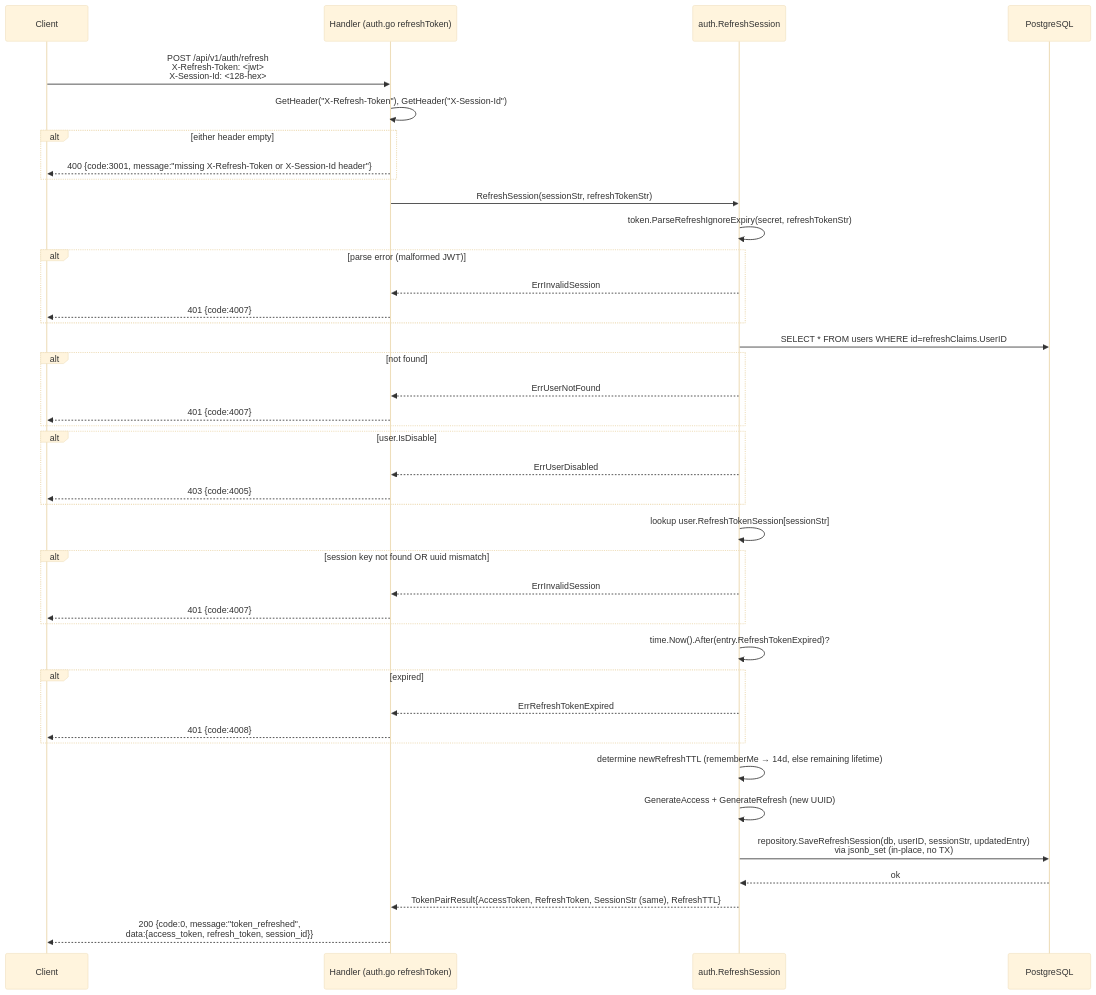
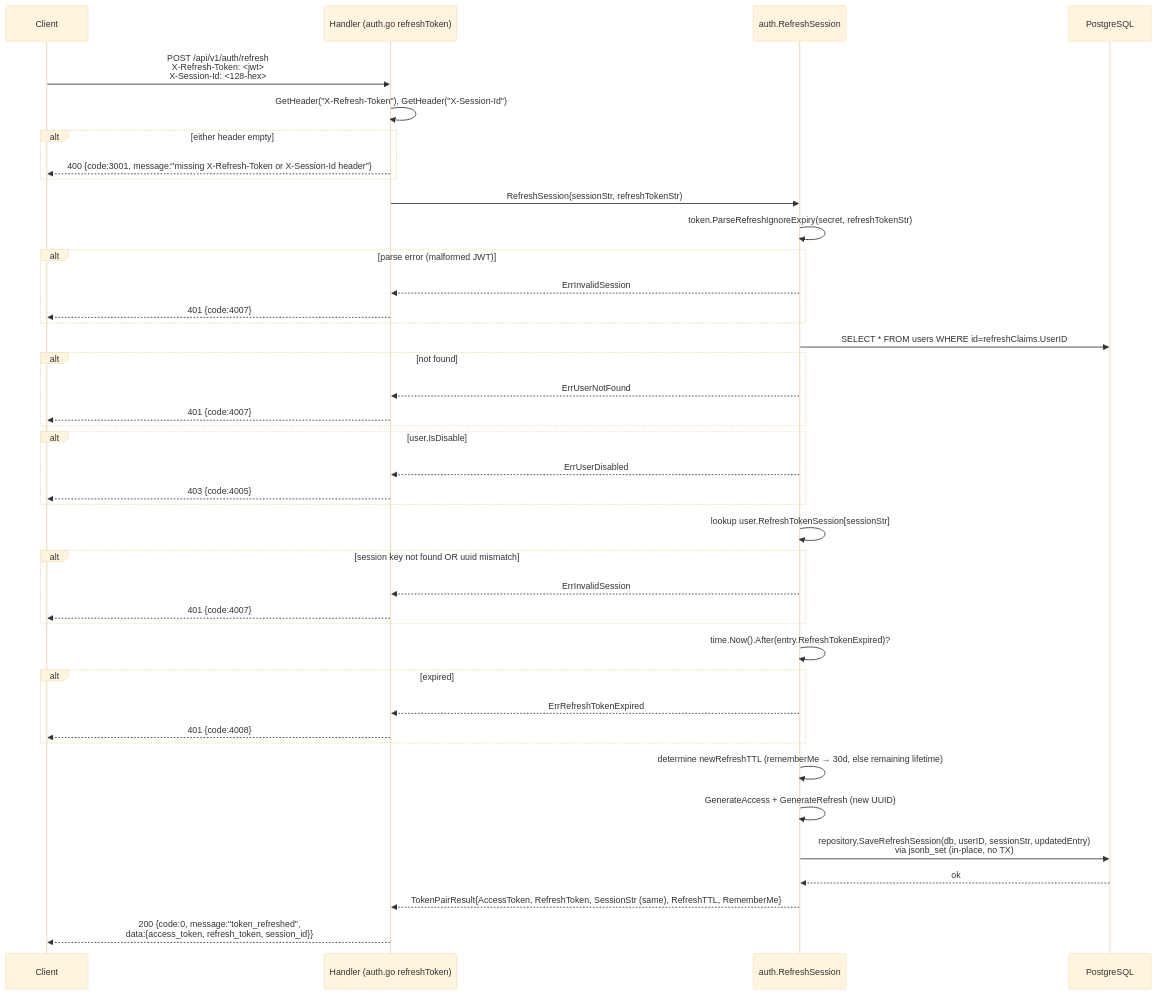
The seventh of 26 diagrams in docs/sequence_diagrams.md (lkienkle11/be-mycourse), drawn with Mermaid (base theme) before and after one commit. The commit also changed other lines of this file and 8 other files, not shown here.

Commit message:
docs: document remember me refresh token TTL policy

````diff
--- a/docs/sequence_diagrams.md
+++ b/docs/sequence_diagrams.md
@@ -360,52 +360,52 @@
 ```mermaid
 sequenceDiagram
     participant C as Client
     participant H as Handler (auth.go refreshToken)
     participant SVC as auth.RefreshSession
     participant DB as PostgreSQL
 
     C->>H: POST /api/v1/auth/refresh<br/>X-Refresh-Token: <jwt><br/>X-Session-Id: <128-hex>
 
     H->>H: GetHeader("X-Refresh-Token"), GetHeader("X-Session-Id")
     alt either header empty
         H-->>C: 400 {code:3001, message:"missing X-Refresh-Token or X-Session-Id header"}
     end
 
     H->>SVC: RefreshSession(sessionStr, refreshTokenStr)
     SVC->>SVC: token.ParseRefreshIgnoreExpiry(secret, refreshTokenStr)
     alt parse error (malformed JWT)
         SVC-->>H: ErrInvalidSession
         H-->>C: 401 {code:4007}
     end
 
     SVC->>DB: SELECT * FROM users WHERE id=refreshClaims.UserID
     alt not found
         SVC-->>H: ErrUserNotFound
         H-->>C: 401 {code:4007}
     end
 
     alt user.IsDisable
         SVC-->>H: ErrUserDisabled
         H-->>C: 403 {code:4005}
     end
 
     SVC->>SVC: lookup user.RefreshTokenSession[sessionStr]
     alt session key not found OR uuid mismatch
         SVC-->>H: ErrInvalidSession
         H-->>C: 401 {code:4007}
     end
 
     SVC->>SVC: time.Now().After(entry.RefreshTokenExpired)?
     alt expired
         SVC-->>H: ErrRefreshTokenExpired
         H-->>C: 401 {code:4008}
     end
 
-    SVC->>SVC: determine newRefreshTTL (rememberMe → 14d, else remaining lifetime)
+    SVC->>SVC: determine newRefreshTTL (rememberMe → 30d, else remaining lifetime)
     SVC->>SVC: GenerateAccess + GenerateRefresh (new UUID)
     SVC->>DB: repository.SaveRefreshSession(db, userID, sessionStr, updatedEntry)<br/>via jsonb_set (in-place, no TX)
     DB-->>SVC: ok
 
-    SVC-->>H: TokenPairResult{AccessToken, RefreshToken, SessionStr (same), RefreshTTL}
+    SVC-->>H: TokenPairResult{AccessToken, RefreshToken, SessionStr (same), RefreshTTL, RememberMe}
     H-->>C: 200 {code:0, message:"token_refreshed",<br/>data:{access_token, refresh_token, session_id}}
 ```
````
